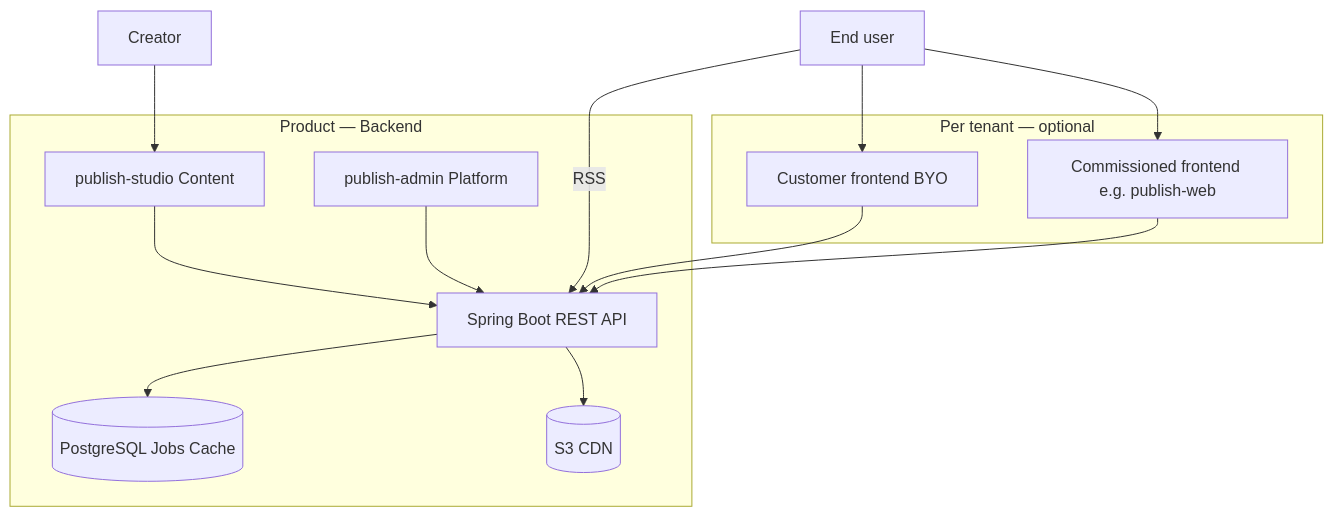
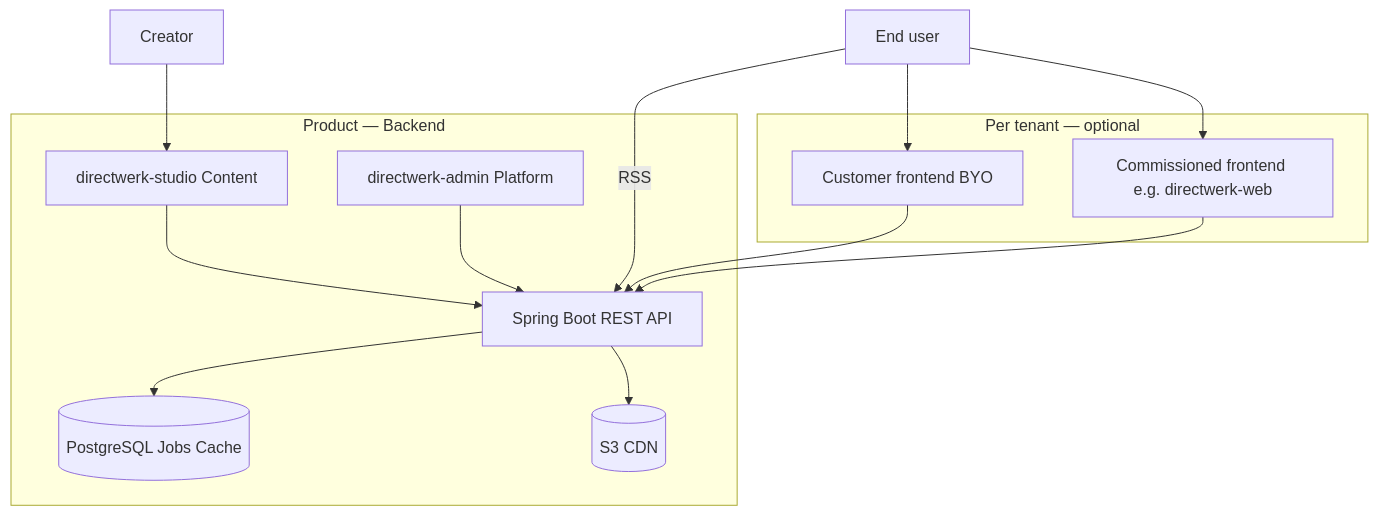
The first of 13 diagrams in README.md (LucaNerlich/directwerk), drawn with Mermaid before and after one commit. The commit also changed other lines of this file and 495 other files, not shown here.

Commit message:
rename publish to directwerk

````diff
--- a/README.md
+++ b/README.md
@@ -168,26 +168,26 @@
 ```mermaid
 flowchart TB
     subgraph backend [Product — Backend]
         API[Spring Boot REST API]
-        Studio[publish-studio Content]
-        Admin[publish-admin Platform]
+        Studio[directwerk-studio Content]
+        Admin[directwerk-admin Platform]
         Infra[(PostgreSQL Jobs Cache)]
         S3[(S3 CDN)]
         API --> Infra
         API --> S3
         Studio --> API
         Admin --> API
     end
 
     subgraph frontends [Per tenant — optional]
         CustomFE[Customer frontend BYO]
-        Commission[Commissioned frontend e.g. publish-web]
+        Commission[Commissioned frontend e.g. directwerk-web]
     end
 
     Creator[Creator] --> Studio
     EndUser[End user] --> CustomFE
     EndUser --> Commission
     EndUser -->|RSS| API
     CustomFE --> API
     Commission --> API
 ```
````
